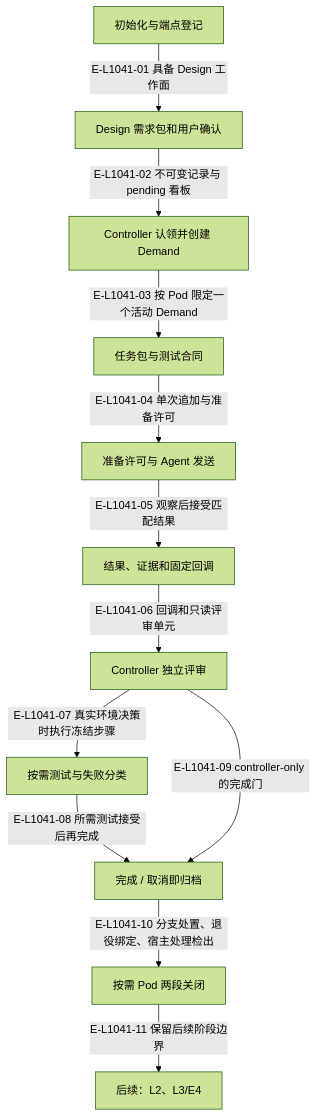
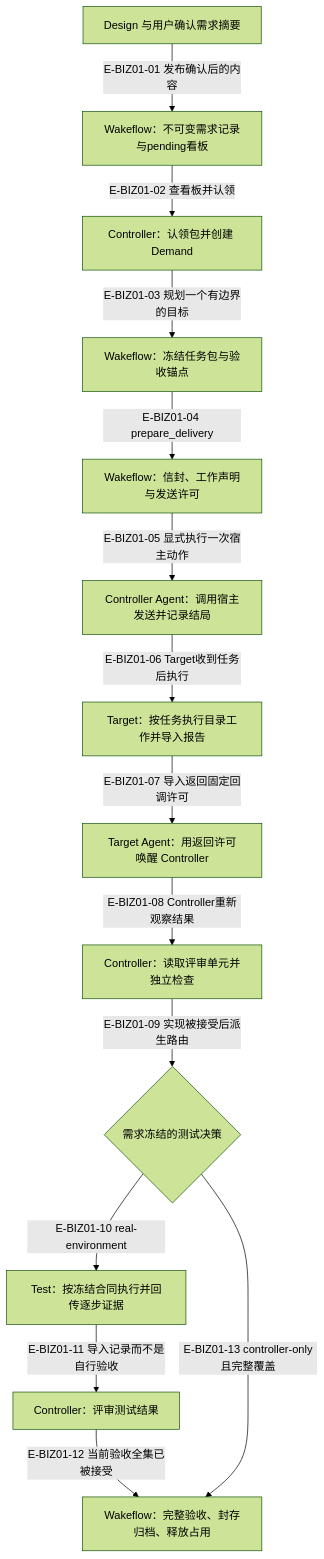
The diagram in wakeflow-architecture-atlas/maps/10-end-to-end-business-flow/README.md (GxFn/Wakeflow), drawn with Mermaid (forest theme) before and after one commit. The commit also changed other lines of this file and 76 other files, not shown here.

First line of the commit message:
docs(atlas): refresh architecture maps for the rc.5 codebase

````diff
--- a/wakeflow-architecture-atlas/maps/10-end-to-end-business-flow/README.md
+++ b/wakeflow-architecture-atlas/maps/10-end-to-end-business-flow/README.md
@@ -193,27 +24,31 @@
 ```mermaid
 flowchart TB
-  accTitle: 九个已落地切片的业务接力
-  accDescr: 九个已落地切片的业务接力；箭头区分当前代码步骤、返回事实与明确的条件。
-  workspace["初始化与端点登记"]
-  design["Design 需求包和用户确认"]
-  claim["Controller 认领并创建 Demand"]
-  task["任务包与测试合同"]
-  delivery["准备许可与 Agent 发送"]
-  result["结果、证据和固定回调"]
-  review["Controller 独立评审"]
-  testing["按需测试与失败分类"]
-  archive["完成 / 取消即归档"]
-  pod["按需 Pod 两段关闭"]
-  stop["后续：L2、L3/E4"]
-  workspace -->|"E-L1041-01 具备 Design 工作面"| design
-  design -->|"E-L1041-02 不可变记录与 pending 看板"| claim
-  claim -->|"E-L1041-03 按 Pod 限定一个活动 Demand"| task
-  task -->|"E-L1041-04 单次追加与准备许可"| delivery
-  delivery -->|"E-L1041-05 观察后接受匹配结果"| result
-  result -->|"E-L1041-06 回调和只读评审单元"| review
-  review -->|"E-L1041-07 真实环境决策时执行冻结步骤"| testing
-  testing -->|"E-L1041-08 所需测试接受后再完成"| archive
-  review -->|"E-L1041-09 controller-only 的完成门"| archive
-  archive -->|"E-L1041-10 分支处置、退役绑定、宿主处理检出"| pod
-  pod -->|"E-L1041-11 保留后续阶段边界"| stop
+  accTitle: 用户与四类窗口的成功主线
+  accDescr: Design将已确认内容发布，Controller认领和规划，Agent执行宿主发送，Target导入结果，Controller独立评审，按需求决定是否进行真实环境测试，最后完整核验与归档。
+  designRole["Design 与用户确认需求摘要"]
+  requirementFact["Wakeflow：不可变需求记录与pending看板"]
+  controllerClaim["Controller：认领包并创建 Demand"]
+  taskFact["Wakeflow：冻结任务包与验收锚点"]
+  deliveryPermit["Wakeflow：信封、工作声明与发送许可"]
+  agentSend["Controller Agent：调用宿主发送并记录结局"]
+  targetWork["Target：按任务执行目录工作并导入报告"]
+  callbackSend["Target Agent：用返回许可唤醒 Controller"]
+  reviewRole["Controller：读取评审单元并独立检查"]
+  testingRoute{"需求冻结的测试决策"}
+  testRole["Test：按冻结合同执行并回传逐步证据"]
+  testReview["Controller：评审测试结果"]
+  completeDemand["Wakeflow：完整验收、封存归档、释放占用"]
+  designRole -->|"E-BIZ01-01 发布确认后的内容"| requirementFact
+  requirementFact -->|"E-BIZ01-02 查看板并认领"| controllerClaim
+  controllerClaim -->|"E-BIZ01-03 规划一个有边界的目标"| taskFact
+  taskFact -->|"E-BIZ01-04 prepare_delivery"| deliveryPermit
+  deliveryPermit -->|"E-BIZ01-05 显式执行一次宿主动作"| agentSend
+  agentSend -->|"E-BIZ01-06 Target收到任务后执行"| targetWork
+  targetWork -->|"E-BIZ01-07 导入返回固定回调许可"| callbackSend
+  callbackSend -->|"E-BIZ01-08 Controller重新观察结果"| reviewRole
+  reviewRole -->|"E-BIZ01-09 实现被接受后派生路由"| testingRoute
+  testingRoute -->|"E-BIZ01-10 real-environment"| testRole
+  testRole -->|"E-BIZ01-11 导入记录而不是自行验收"| testReview
+  testReview -->|"E-BIZ01-12 当前验收全集已被接受"| completeDemand
+  testingRoute -->|"E-BIZ01-13 controller-only且完整覆盖"| completeDemand
 ```
````
